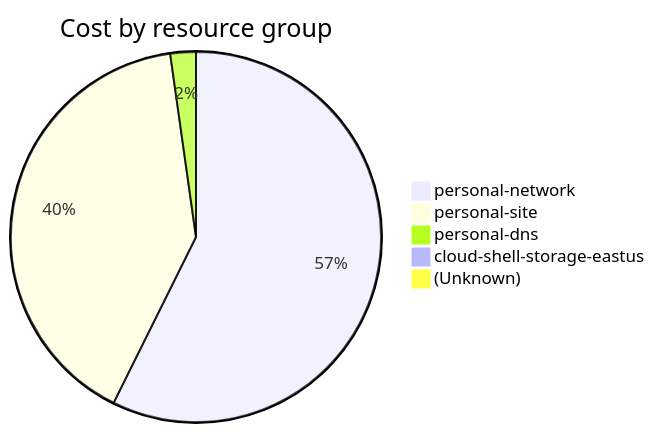
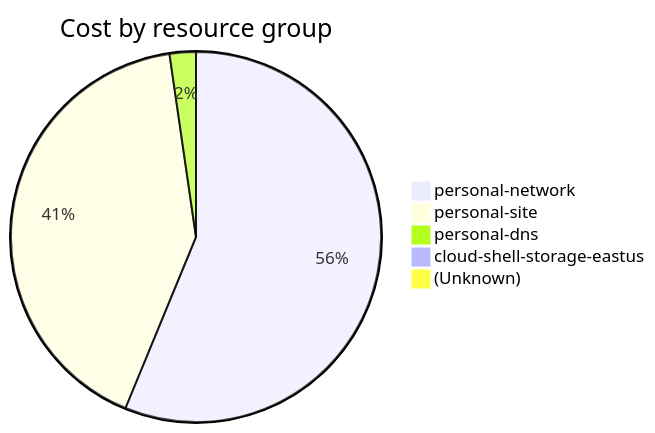
Before and after one commit to jpfulton/azure-personal-reports: the fourth of 4 diagrams in cost-reports/accumulated-cost.md, drawn with Mermaid. The commit also changed other lines of this file and 4 other files, not shown here.

````diff
--- a/cost-reports/accumulated-cost.md
+++ b/cost-reports/accumulated-cost.md
@@ -155,9 +155,9 @@
 ```mermaid
 pie
    title Cost by resource group
    "personal-network" : 15.94
-   "personal-site" : 11.24
-   "personal-dns" : 0.62
-   "cloud-shell-storage-eastus" : 0.18
+   "personal-site" : 11.76
+   "personal-dns" : 0.65
+   "cloud-shell-storage-eastus" : 0.19
    "(Unknown)" : 0.10
 ```
````
